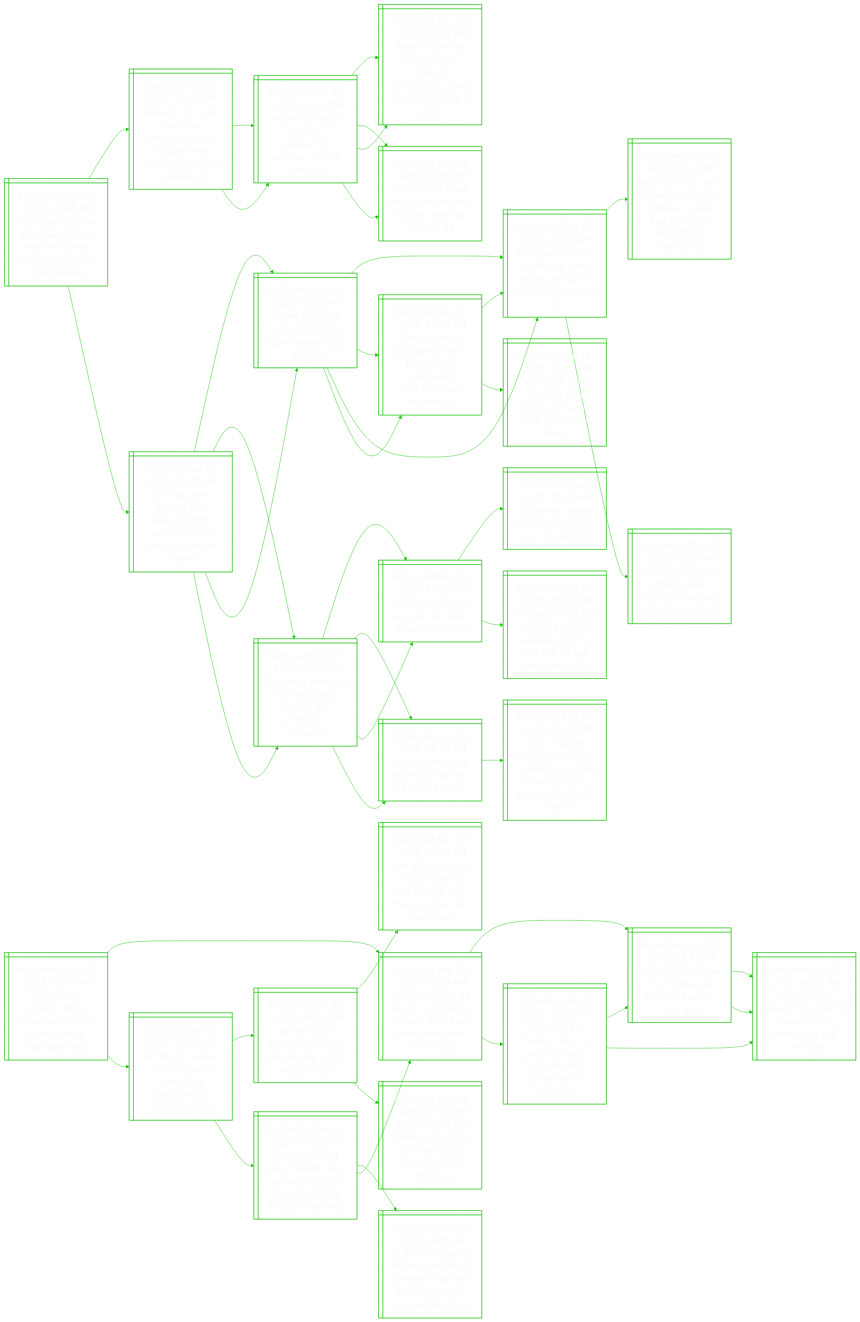
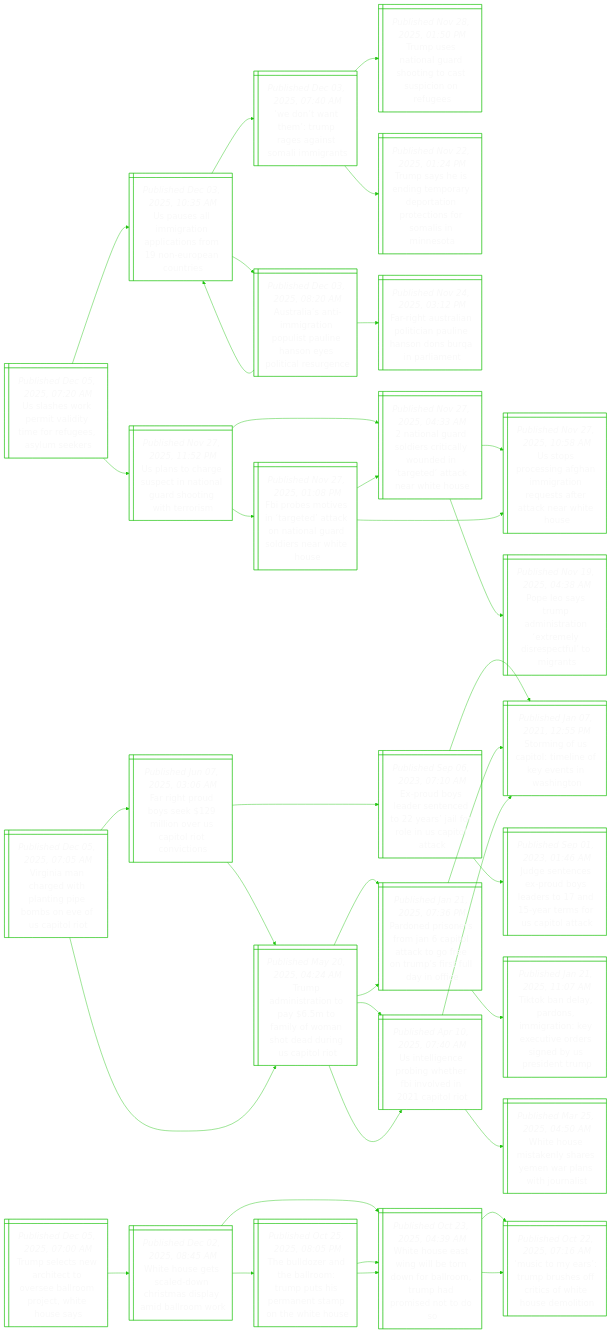
The diagram in README.md (notJmes/notJmes), drawn with Mermaid before and after one commit. The commit also changed other lines of this file, not shown here.

````diff
--- a/README.md
+++ b/README.md
@@ -16,139 +16,121 @@
 flowchart LR
 classDef txtsize font-size:20px;
 
-Dssernlpoiirdr@{ shape: win-pane, label: "_Published Dec 05, 2025, 02:50 AM_
-Drones were spotted near zelensky flight path to dublin, media in ireland report" }
-DsiithChOit@{ shape: win-pane, label: "_Published Sep 23, 2025, 08:52 AM_
-Drone sightings disrupt flights at copenhagen, oslo airports" }
-Eerslcakunrie@{ shape: win-pane, label: "_Published Sep 20, 2025, 03:40 PM_
-European airports snarled by cyber attack, disruption to stretch into sept 21" }
-DAnewietueptsgsi@{ shape: win-pane, label: "_Published Oct 26, 2024, 07:12 AM_
-Delta air lines sues crowdstrike over software update that prompted mass flight disruptions" }
-KpioeaMsityrc@{ shape: win-pane, label: "_Published Mar 25, 2025, 05:25 PM_
-Klia operations not affected after malaysian airport hit by cyber attack" }
-Arohtegfawtsrry@{ shape: win-pane, label: "_Published Sep 23, 2025, 12:16 AM_
-Airport chaos highlights rise in high-profile ransomware attacks, cyber experts say" }
-Eerslcakunrie@{ shape: win-pane, label: "_Published Sep 20, 2025, 03:40 PM_
-European airports snarled by cyber attack, disruption to stretch into sept 21" }
-Titceronttaw@{ shape: win-pane, label: "_Published Sep 18, 2025, 10:20 PM_
-Two british teens charged over london transport hack that lasted weeks" }
-EeatsesPmna@{ shape: win-pane, label: "_Published Sep 01, 2025, 07:39 PM_
-Eu chief’s plane hit by suspected russian gps jamming in bulgaria" }
-DsruasvUn@{ shape: win-pane, label: "_Published Feb 24, 2022, 11:01 AM_
-'darkest hours of europe' as russia invades ukraine" }
-Eshiaalocs@{ shape: win-pane, label: "_Published Feb 24, 2022, 12:41 PM_
-Explosions heard in ukraine capital kyiv, other cities" }
-OaUuakaogrmc@{ shape: win-pane, label: "_Published Feb 24, 2022, 05:20 PM_
-Oil soars to us$105 as russia attacks ukraine, topping us$100 for 1st time since 2014" }
-Apapoeafe@{ shape: win-pane, label: "_Published Aug 22, 2025, 05:00 AM_
-A trumpian game of ping pong over ukraine’s future" }
-Wteisoseiueguhni@{ shape: win-pane, label: "_Published Aug 20, 2025, 01:15 AM_
-With ‘stop the killing’ instead of ‘ceasefire’, eu tries trump-pleasing language shift on ukraine" }
+Usorateeele@{ shape: win-pane, label: "_Published Dec 05, 2025, 07:20 AM_
+Us slashes work permit validity time for refugees, asylum seekers" }
+Uslgolirnpoi@{ shape: win-pane, label: "_Published Dec 03, 2025, 10:35 AM_
+Us pauses all immigration applications from 19 non-european countries" }
+Wttragtlit@{ shape: win-pane, label: "_Published Dec 03, 2025, 07:40 AM_
+‘we don’t want them’: trump rages against somali immigrants" }
+Tuaarottiou@{ shape: win-pane, label: "_Published Nov 28, 2025, 01:50 PM_
+Trump uses national guard shooting to cast suspicion on refugees" }
+Tsedeaptrtfmina@{ shape: win-pane, label: "_Published Nov 22, 2025, 01:24 PM_
+Trump says he is ending temporary deportation protections for somalis in minnesota" }
+AaamapiuHnpiee@{ shape: win-pane, label: "_Published Dec 03, 2025, 08:20 AM_
+Australia’s anti-immigration populist pauline hanson eyes political resurgence" }
+Uslgolirnpoi@{ shape: win-pane, label: "_Published Dec 03, 2025, 10:35 AM_
+Us pauses all immigration applications from 19 non-european countries" }
+FgsiliuHnbiln@{ shape: win-pane, label: "_Published Nov 24, 2025, 03:12 PM_
+Far-right australian politician pauline hanson dons burqa in parliament" }
+Unhscaarowei@{ shape: win-pane, label: "_Published Nov 27, 2025, 11:52 PM_
+Us plans to charge suspect in national guard shooting with terrorism" }
+Nnalsiydttteiu@{ shape: win-pane, label: "_Published Nov 27, 2025, 04:33 AM_
+2 national guard soldiers critically wounded in ‘targeted’ attack near white house" }
+Upcnhmteteaats@{ shape: win-pane, label: "_Published Nov 27, 2025, 10:58 AM_
+Us stops processing afghan immigration requests after attack near white house" }
+Pespnaemipuit@{ shape: win-pane, label: "_Published Nov 19, 2025, 04:38 AM_
+Pope leo says trump administration ‘extremely disrespectful’ to migrants" }
+Foosrdcaardnho@{ shape: win-pane, label: "_Published Nov 27, 2025, 01:08 PM_
+Fbi probes motives in ‘targeted’ attack on national guard soldiers near white house" }
+Nnalsiydttteiu@{ shape: win-pane, label: "_Published Nov 27, 2025, 04:33 AM_
+2 national guard soldiers critically wounded in ‘targeted’ attack near white house" }
+Upcnhmteteaats@{ shape: win-pane, label: "_Published Nov 27, 2025, 10:58 AM_
+Us stops processing afghan immigration requests after attack near white house" }
 
-Dssernlpoiirdr:::txtsize --> DsiithChOit:::txtsize
-DsiithChOit:::txtsize --> Eerslcakunrie:::txtsize
-Eerslcakunrie:::txtsize --> DAnewietueptsgsi:::txtsize
-Eerslcakunrie:::txtsize --> KpioeaMsityrc:::txtsize
-DsiithChOit:::txtsize --> Arohtegfawtsrry:::txtsize
-Arohtegfawtsrry:::txtsize --> Eerslcakunrie:::txtsize
-Arohtegfawtsrry:::txtsize --> Titceronttaw:::txtsize
-Dssernlpoiirdr:::txtsize --> EeatsesPmna:::txtsize
-EeatsesPmna:::txtsize --> DsruasvUn:::txtsize
-DsruasvUn:::txtsize --> Eshiaalocs:::txtsize
-DsruasvUn:::txtsize --> OaUuakaogrmc:::txtsize
-EeatsesPmna:::txtsize --> Apapoeafe:::txtsize
-Apapoeafe:::txtsize --> Wteisoseiueguhni:::txtsize
+Usorateeele:::txtsize --> Uslgolirnpoi:::txtsize
+Uslgolirnpoi:::txtsize --> Wttragtlit:::txtsize
+Wttragtlit:::txtsize --> Tuaarottiou:::txtsize
+Wttragtlit:::txtsize --> Tsedeaptrtfmina:::txtsize
+Uslgolirnpoi:::txtsize --> AaamapiuHnpiee:::txtsize
+AaamapiuHnpiee:::txtsize --> Uslgolirnpoi:::txtsize
+AaamapiuHnpiee:::txtsize --> FgsiliuHnbiln:::txtsize
+Usorateeele:::txtsize --> Unhscaarowei:::txtsize
+Unhscaarowei:::txtsize --> Nnalsiydttteiu:::txtsize
+Nnalsiydttteiu:::txtsize --> Upcnhmteteaats:::txtsize
+Nnalsiydttteiu:::txtsize --> Pespnaemipuit:::txtsize
+Unhscaarowei:::txtsize --> Foosrdcaardnho:::txtsize
+Foosrdcaardnho:::txtsize --> Nnalsiydttteiu:::txtsize
+Foosrdcaardnho:::txtsize --> Upcnhmteteaats:::txtsize
 
-Nogptgtibhstme@{ shape: win-pane, label: "_Published Dec 05, 2025, 01:45 AM_
-Nato looking to be proactive against russian ‘hybrid threats’, says top commander" }
-PduyrneayteRaee@{ shape: win-pane, label: "_Published Nov 18, 2025, 10:03 PM_
-Poland’s pm tusk says two responsible for railway blast worked for russian intelligence" }
-Pdeonlnrsabe@{ shape: win-pane, label: "_Published Nov 17, 2025, 04:32 PM_
-Poland suspects ‘foreign intelligence services’ for rail sabotage" }
-Pdceitiomsa@{ shape: win-pane, label: "_Published Nov 06, 2025, 06:25 PM_
-Poland launches new military training programme, aims to train 400,000 in 2026" }
-PdileBudogo@{ shape: win-pane, label: "_Published Nov 14, 2025, 04:56 PM_
-Poland says it will reopen two belarus border crossings on nov 17" }
-Pdeonlnrsabe@{ shape: win-pane, label: "_Published Nov 17, 2025, 04:32 PM_
-Poland suspects ‘foreign intelligence services’ for rail sabotage" }
-Pdceitiomsa@{ shape: win-pane, label: "_Published Nov 06, 2025, 06:25 PM_
-Poland launches new military training programme, aims to train 400,000 in 2026" }
-PdileBudogo@{ shape: win-pane, label: "_Published Nov 14, 2025, 04:56 PM_
-Poland says it will reopen two belarus border crossings on nov 17" }
-Dssernlpoiirdr@{ shape: win-pane, label: "_Published Dec 05, 2025, 02:50 AM_
-Drones were spotted near zelensky flight path to dublin, media in ireland report" }
-DsiithChOit@{ shape: win-pane, label: "_Published Sep 23, 2025, 08:52 AM_
-Drone sightings disrupt flights at copenhagen, oslo airports" }
-Eerslcakunrie@{ shape: win-pane, label: "_Published Sep 20, 2025, 03:40 PM_
-European airports snarled by cyber attack, disruption to stretch into sept 21" }
-Arohtegfawtsrry@{ shape: win-pane, label: "_Published Sep 23, 2025, 12:16 AM_
-Airport chaos highlights rise in high-profile ransomware attacks, cyber experts say" }
-EeatsesPmna@{ shape: win-pane, label: "_Published Sep 01, 2025, 07:39 PM_
-Eu chief’s plane hit by suspected russian gps jamming in bulgaria" }
-DsruasvUn@{ shape: win-pane, label: "_Published Feb 24, 2022, 11:01 AM_
-'darkest hours of europe' as russia invades ukraine" }
-Apapoeafe@{ shape: win-pane, label: "_Published Aug 22, 2025, 05:00 AM_
-A trumpian game of ping pong over ukraine’s future" }
-
-Nogptgtibhstme:::txtsize --> PduyrneayteRaee:::txtsize
-PduyrneayteRaee:::txtsize --> Pdeonlnrsabe:::txtsize
-Pdeonlnrsabe:::txtsize --> Pdceitiomsa:::txtsize
-Pdeonlnrsabe:::txtsize --> PdileBudogo:::txtsize
-PduyrneayteRaee:::txtsize --> Pdeonlnrsabe:::txtsize
-Pdeonlnrsabe:::txtsize --> Pdceitiomsa:::txtsize
-Pdeonlnrsabe:::txtsize --> PdileBudogo:::txtsize
-Nogptgtibhstme:::txtsize --> Dssernlpoiirdr:::txtsize
-Dssernlpoiirdr:::txtsize --> DsiithChOit:::txtsize
-DsiithChOit:::txtsize --> Eerslcakunrie:::txtsize
-DsiithChOit:::txtsize --> Arohtegfawtsrry:::txtsize
-Dssernlpoiirdr:::txtsize --> EeatsesPmna:::txtsize
-EeatsesPmna:::txtsize --> DsruasvUn:::txtsize
-EeatsesPmna:::txtsize --> Apapoeafe:::txtsize
-
-Voiriorrlisms@{ shape: win-pane, label: "_Published Dec 05, 2025, 01:36 AM_
-Video of us military strike shows survivors in ‘clear distress’, lawmaker says" }
-UikperngutVura@{ shape: win-pane, label: "_Published Sep 03, 2025, 04:19 AM_
-Us military kills 11 people in strike on alleged drug boat from venezuela, trump says" }
-Ulfsrafapay@{ shape: win-pane, label: "_Published Aug 30, 2025, 03:43 AM_
-Us builds up forces in caribbean as officials, experts, ask why" }
-Ursratnldoi@{ shape: win-pane, label: "_Published Aug 08, 2025, 06:51 AM_
-Us increases reward for arrest of venezeula’s maduro to $64 million" }
-Ursratnldoi@{ shape: win-pane, label: "_Published Aug 08, 2025, 06:51 AM_
-Us increases reward for arrest of venezeula’s maduro to $64 million" }
-VuMoUswieggoy@{ shape: win-pane, label: "_Published Sep 02, 2025, 01:19 AM_
-Venezuela’s maduro says us warships with 1,200 missiles targeting his country" }
-Ulfsrafapay@{ shape: win-pane, label: "_Published Aug 30, 2025, 03:43 AM_
-Us builds up forces in caribbean as officials, experts, ask why" }
-Ursratnldoi@{ shape: win-pane, label: "_Published Aug 08, 2025, 06:51 AM_
-Us increases reward for arrest of venezeula’s maduro to $64 million" }
-PgvaHtrasoei@{ shape: win-pane, label: "_Published Dec 04, 2025, 05:30 AM_
-Pentagon review faults hegseth over signal messages on yemen strikes" }
+Vnngtnponfpr@{ shape: win-pane, label: "_Published Dec 05, 2025, 07:05 AM_
+Virginia man charged with planting pipe bombs on eve of us capitol riot" }
+Fgoykiealccs@{ shape: win-pane, label: "_Published Jun 07, 2025, 03:06 AM_
+Far right proud boys seek $129 million over us capitol riot convictions" }
+Eusetdairnpak@{ shape: win-pane, label: "_Published Sep 06, 2023, 07:10 AM_
+Ex-proud boys leader sentenced to 22 years’ jail for role in us capitol attack" }
+SiUiinenWn@{ shape: win-pane, label: "_Published Jan 07, 2021, 12:55 PM_
+Storming of us capitol: timeline of key events in washington" }
+JsnxdlrnrsStt@{ shape: win-pane, label: "_Published Sep 01, 2023, 01:46 AM_
+Judge sentences ex-proud boys leaders to 17 and 15-year terms for us capitol attack" }
+TaitotiwserSto@{ shape: win-pane, label: "_Published May 20, 2025, 04:24 AM_
+Trump administration to pay $6.5m to family of woman shot dead during us capitol riot" }
+Pnirmalcoomrlii@{ shape: win-pane, label: "_Published Jan 21, 2025, 07:36 PM_
+Pardoned prisoners from jan 6 capitol attack to go free on trump’s first full day in office" }
+UeerghIlnto@{ shape: win-pane, label: "_Published Apr 10, 2025, 07:40 AM_
+Us intelligence probing whether fbi involved in 2021 capitol riot" }
+TaitotiwserSto@{ shape: win-pane, label: "_Published May 20, 2025, 04:24 AM_
+Trump administration to pay $6.5m to family of woman shot dead during us capitol riot" }
+Pnirmalcoomrlii@{ shape: win-pane, label: "_Published Jan 21, 2025, 07:36 PM_
+Pardoned prisoners from jan 6 capitol attack to go free on trump’s first full day in office" }
+TkeasgoetrsdPdr@{ shape: win-pane, label: "_Published Jan 21, 2025, 11:07 AM_
+Tiktok ban delay, pardons, immigration: key executive orders signed by us president trump" }
+SiUiinenWn@{ shape: win-pane, label: "_Published Jan 07, 2021, 12:55 PM_
+Storming of us capitol: timeline of key events in washington" }
+UeerghIlnto@{ shape: win-pane, label: "_Published Apr 10, 2025, 07:40 AM_
+Us intelligence probing whether fbi involved in 2021 capitol riot" }
+SiUiinenWn@{ shape: win-pane, label: "_Published Jan 07, 2021, 12:55 PM_
+Storming of us capitol: timeline of key events in washington" }
 WHmkssnliui@{ shape: win-pane, label: "_Published Mar 25, 2025, 04:50 AM_
 White house mistakenly shares yemen war plans with journalist" }
-Hiinuposhrah@{ shape: win-pane, label: "_Published Mar 17, 2025, 03:35 PM_
-‘hell will rain down on you’: trump, the houthis and the us’ proxy war with iran" }
-HicYfsteloofU@{ shape: win-pane, label: "_Published Mar 24, 2025, 07:55 AM_
-Houthi attacks in yemen force ships to make costly detour around africa: us" }
-Pgitsahltnkldb@{ shape: win-pane, label: "_Published Dec 03, 2025, 03:21 AM_
-Pentagon chief pete hegseth says us has ‘only just begun’ striking alleged drug boats" }
-Uirdotoeramzsho@{ shape: win-pane, label: "_Published Dec 02, 2025, 04:09 AM_
-Us admiral ordered follow-up strike on alleged drug boat from venezuela, says white house" }
-UikperngutVura@{ shape: win-pane, label: "_Published Sep 03, 2025, 04:19 AM_
-Us military kills 11 people in strike on alleged drug boat from venezuela, trump says" }
 
-Voiriorrlisms:::txtsize --> UikperngutVura:::txtsize
-UikperngutVura:::txtsize --> Ulfsrafapay:::txtsize
-Ulfsrafapay:::txtsize --> Ursratnldoi:::txtsize
-Ulfsrafapay:::txtsize --> Ursratnldoi:::txtsize
-UikperngutVura:::txtsize --> VuMoUswieggoy:::txtsize
-VuMoUswieggoy:::txtsize --> Ulfsrafapay:::txtsize
-VuMoUswieggoy:::txtsize --> Ursratnldoi:::txtsize
-Voiriorrlisms:::txtsize --> PgvaHtrasoei:::txtsize
-PgvaHtrasoei:::txtsize --> WHmkssnliui:::txtsize
-WHmkssnliui:::txtsize --> Hiinuposhrah:::txtsize
-WHmkssnliui:::txtsize --> HicYfsteloofU:::txtsize
-PgvaHtrasoei:::txtsize --> Pgitsahltnkldb:::txtsize
-Pgitsahltnkldb:::txtsize --> Uirdotoeramzsho:::txtsize
-Pgitsahltnkldb:::txtsize --> UikperngutVura:::txtsize
+Vnngtnponfpr:::txtsize --> Fgoykiealccs:::txtsize
+Fgoykiealccs:::txtsize --> Eusetdairnpak:::txtsize
+Eusetdairnpak:::txtsize --> SiUiinenWn:::txtsize
+Eusetdairnpak:::txtsize --> JsnxdlrnrsStt:::txtsize
+Fgoykiealccs:::txtsize --> TaitotiwserSto:::txtsize
+TaitotiwserSto:::txtsize --> Pnirmalcoomrlii:::txtsize
+TaitotiwserSto:::txtsize --> UeerghIlnto:::txtsize
+Vnngtnponfpr:::txtsize --> TaitotiwserSto:::txtsize
+TaitotiwserSto:::txtsize --> Pnirmalcoomrlii:::txtsize
+Pnirmalcoomrlii:::txtsize --> TkeasgoetrsdPdr:::txtsize
+Pnirmalcoomrlii:::txtsize --> SiUiinenWn:::txtsize
+TaitotiwserSto:::txtsize --> UeerghIlnto:::txtsize
+UeerghIlnto:::txtsize --> SiUiinenWn:::txtsize
+UeerghIlnto:::txtsize --> WHmkssnliui:::txtsize
+
+Tstatoslmeiuy@{ shape: win-pane, label: "_Published Dec 05, 2025, 07:00 AM_
+Trump selects new architect to oversee ballroom project, white house says" }
+WHgcdhmsaaok@{ shape: win-pane, label: "_Published Dec 02, 2025, 08:45 AM_
+White house gets scaled-down christmas display amid ballroom work" }
+WHEilowboudioo@{ shape: win-pane, label: "_Published Oct 23, 2025, 04:39 AM_
+White house east wing will be torn down for ballroom, trump had promised not to do so" }
+Mtauuoiotsoo@{ shape: win-pane, label: "_Published Oct 22, 2025, 07:16 AM_
+‘music to my ears’: trump brushes off critics of white house demolition" }
+Mtauuoiotsoo@{ shape: win-pane, label: "_Published Oct 22, 2025, 07:16 AM_
+‘music to my ears’: trump brushes off critics of white house demolition" }
+Tletlmphrnmhts@{ shape: win-pane, label: "_Published Oct 25, 2025, 08:05 PM_
+The bulldozer and the ballroom: trump puts his permanent stamp on the white house" }
+WHEilowboudioo@{ shape: win-pane, label: "_Published Oct 23, 2025, 04:39 AM_
+White house east wing will be torn down for ballroom, trump had promised not to do so" }
+WHEilowboudioo@{ shape: win-pane, label: "_Published Oct 23, 2025, 04:39 AM_
+White house east wing will be torn down for ballroom, trump had promised not to do so" }
+
+Tstatoslmeiuy:::txtsize --> WHgcdhmsaaok:::txtsize
+WHgcdhmsaaok:::txtsize --> WHEilowboudioo:::txtsize
+WHEilowboudioo:::txtsize --> Mtauuoiotsoo:::txtsize
+WHEilowboudioo:::txtsize --> Mtauuoiotsoo:::txtsize
+WHgcdhmsaaok:::txtsize --> Tletlmphrnmhts:::txtsize
+Tletlmphrnmhts:::txtsize --> WHEilowboudioo:::txtsize
+Tletlmphrnmhts:::txtsize --> WHEilowboudioo:::txtsize
 
 ```
````
